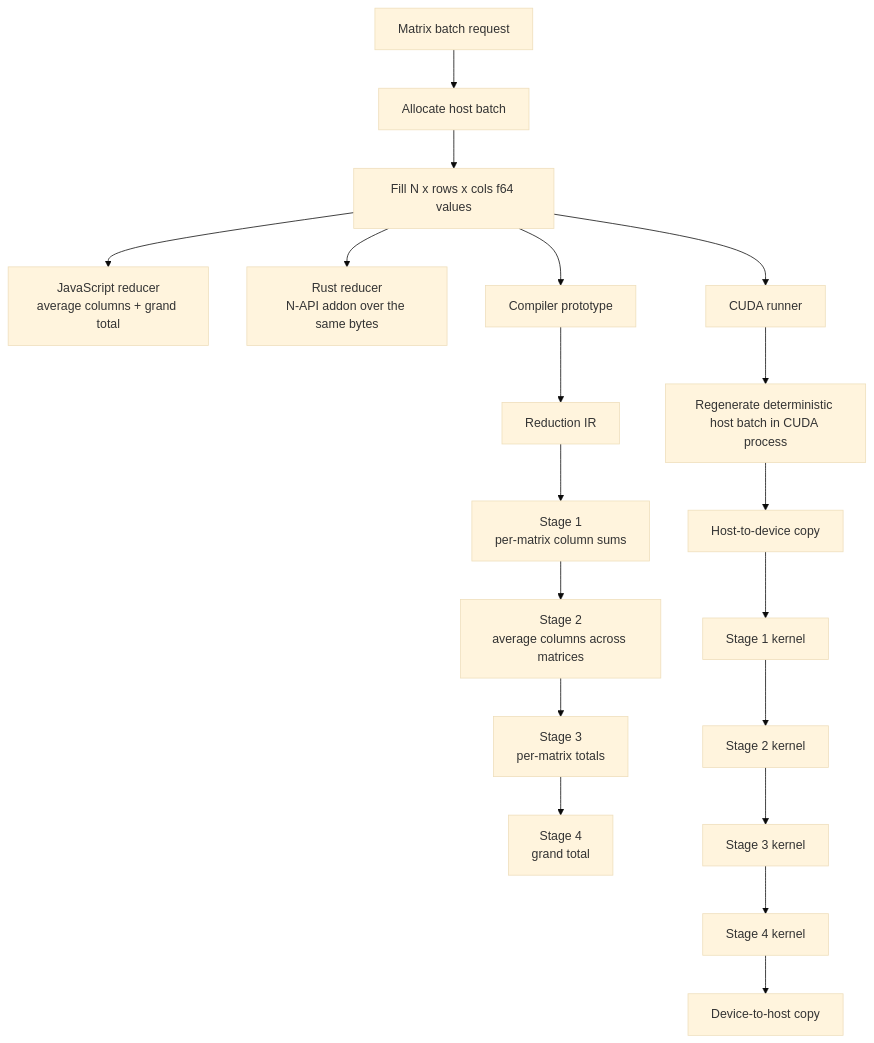
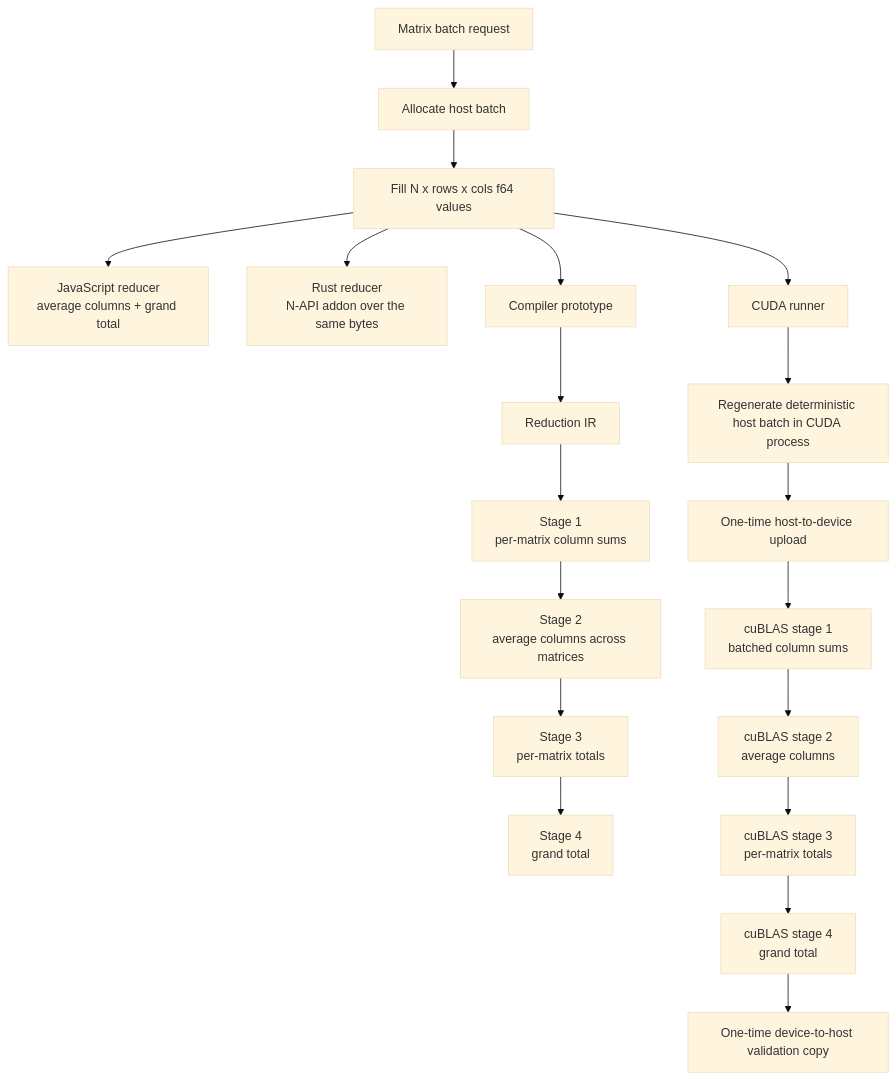
Before and after one commit to mtharrison/shader-benchmarking: the first of 2 diagrams in README.md, drawn with Mermaid (base theme). The commit also changed other lines of this file and 4 other files, not shown here.

````diff
--- a/README.md
+++ b/README.md
@@ -102,24 +102,24 @@
 ```mermaid
 flowchart TB
     A["Matrix batch request"] --> B["Allocate host batch"]
     B --> C["Fill N x rows x cols f64 values"]
 
     C --> D["JavaScript reducer<br/>average columns + grand total"]
     C --> E["Rust reducer<br/>N-API addon over the same bytes"]
     C --> F["Compiler prototype"]
 
     F --> G["Reduction IR"]
     G --> H["Stage 1<br/>per-matrix column sums"]
     H --> I["Stage 2<br/>average columns across matrices"]
     I --> J["Stage 3<br/>per-matrix totals"]
     J --> K["Stage 4<br/>grand total"]
 
     C --> L["CUDA runner"]
     L --> M["Regenerate deterministic host batch in CUDA process"]
-    M --> N["Host-to-device copy"]
-    N --> O["Stage 1 kernel"]
-    O --> P["Stage 2 kernel"]
-    P --> Q["Stage 3 kernel"]
-    Q --> R["Stage 4 kernel"]
-    R --> S["Device-to-host copy"]
+    M --> N["One-time host-to-device upload"]
+    N --> O["cuBLAS stage 1<br/>batched column sums"]
+    O --> P["cuBLAS stage 2<br/>average columns"]
+    P --> Q["cuBLAS stage 3<br/>per-matrix totals"]
+    Q --> R["cuBLAS stage 4<br/>grand total"]
+    R --> S["One-time device-to-host validation copy"]
 ```
````
